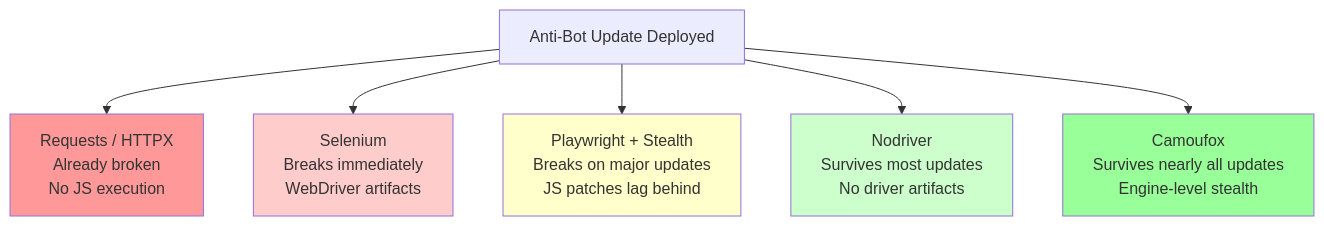
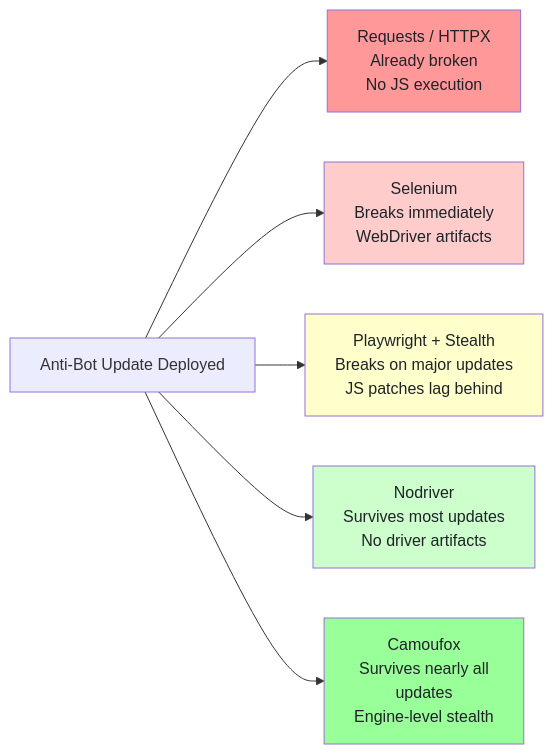
One commit to bytetunnels/bytetunnels.github.com changed the second of 3 diagrams in _posts/2026-02-23-surviving-anti-bot-updates-ecommerce-sites-tool-comparison.md. Above: the diagram before and after it, drawn with Mermaid. The commit also changed other lines of this file and 118 other files, not shown here.

Commit message:
feat: improve diagram styling and compact wide flowcharts

````diff
--- a/_posts/2026-02-23-surviving-anti-bot-updates-ecommerce-sites-tool-comparison.md
+++ b/_posts/2026-02-23-surviving-anti-bot-updates-ecommerce-sites-tool-comparison.md
@@ -254,14 +254,14 @@
 ```mermaid
-graph TD
-    U["Anti-Bot Update Deployed"] --> R["Requests / HTTPX<br>Already broken<br>No JS execution"]
-    U --> S["Selenium<br>Breaks immediately<br>WebDriver artifacts"]
-    U --> P["Playwright + Stealth<br>Breaks on major updates<br>JS patches lag behind"]
-    U --> N["Nodriver<br>Survives most updates<br>No driver artifacts"]
-    U --> C["Camoufox<br>Survives nearly all updates<br>Engine-level stealth"]
+graph LR
+    U["Anti-Bot Update Deployed"] --> R["Requests / HTTPX<br/>Already broken<br/>No JS execution"]
+    U --> S["Selenium<br/>Breaks immediately<br/>WebDriver artifacts"]
+    U --> P["Playwright + Stealth<br/>Breaks on major updates<br/>JS patches lag behind"]
+    U --> N["Nodriver<br/>Survives most updates<br/>No driver artifacts"]
+    U --> C["Camoufox<br/>Survives nearly all<br/>updates<br/>Engine-level stealth"]
 
-    style R fill:#ff9999
-    style S fill:#ffcccc
-    style P fill:#ffffcc
-    style N fill:#ccffcc
-    style C fill:#99ff99
+    style R fill:#ff9999,color:#1f2328
+    style S fill:#ffcccc,color:#1f2328
+    style P fill:#ffffcc,color:#1f2328
+    style N fill:#ccffcc,color:#1f2328
+    style C fill:#99ff99,color:#1f2328
 ```
````
